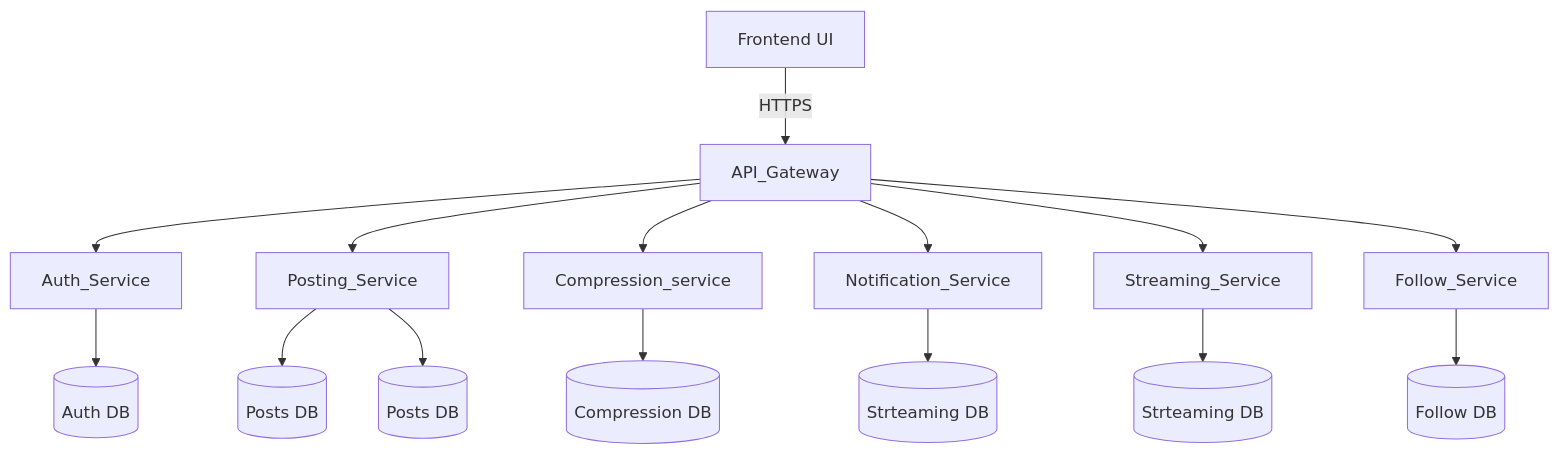
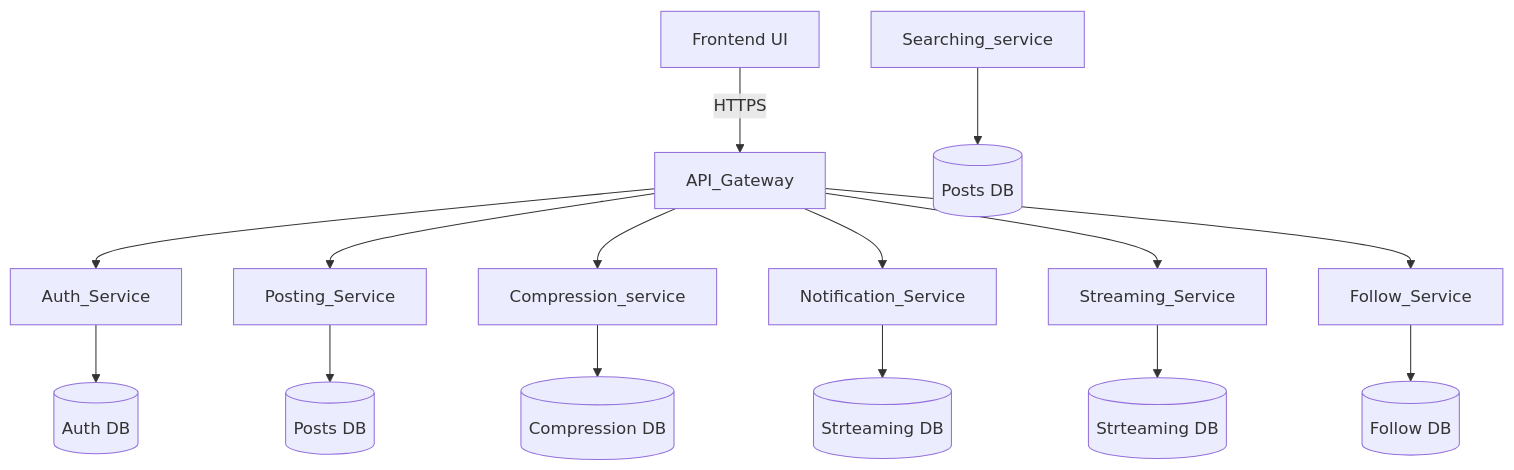
Before and after one commit to Hritik-choukikar/Hritik-choukikar: the diagram in README.md, drawn with Mermaid.

````diff
--- a/README.md
+++ b/README.md
@@ -33,17 +33,18 @@
 ```mermaid
 graph TD
     User[Frontend UI] -->|HTTPS| API_Gateway
     API_Gateway --> Auth_Service
     API_Gateway --> Posting_Service
     API_Gateway --> Compression_service
     API_Gateway --> Notification_Service
     API_Gateway --> Streaming_Service
     API_Gateway --> Follow_Service
     Auth_Service --> DB[(Auth DB)]
     Follow_Service --> DB2[(Follow DB)]
     Posting_Service --> DB3[(Posts DB)]
     Compression_service --> DB4[(Compression DB)]
     Streaming_Service --> DB5[(Strteaming DB)]
-    Posting_Service --> DB6[(Posts DB)]
+    Searching_service--> DB6[(Posts DB)]
     Notification_Service --> DB7[(Strteaming DB)]
+    
 ```
````
